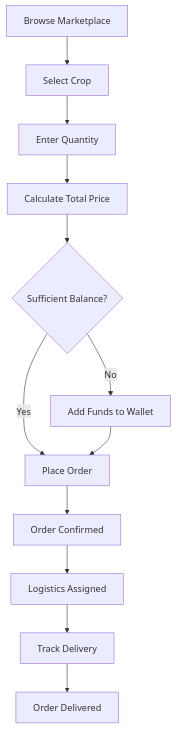
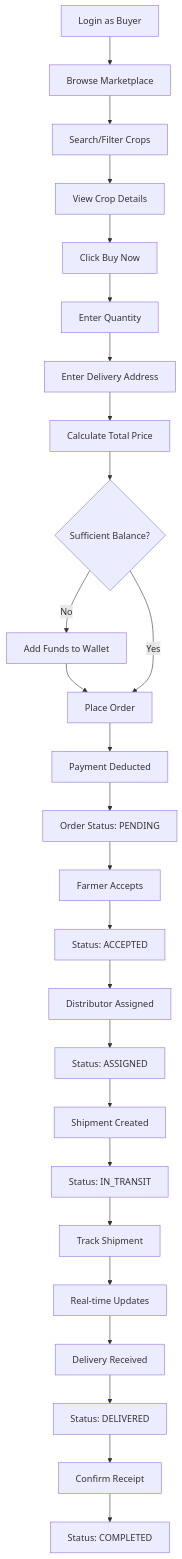
The sixth of 7 diagrams in PROJECT_DOCUMENTATION.md (its-vikash-Kushwaha/FarmXChain-finalProject), drawn with Mermaid before and after one commit. The commit also changed other lines of this file and 45 other files, not shown here.

````diff
--- a/PROJECT_DOCUMENTATION.md
+++ b/PROJECT_DOCUMENTATION.md
@@ -190,14 +570,28 @@
 ```mermaid
 graph TD
-    A[Browse Marketplace] --> B[Select Crop]
-    B --> C[Enter Quantity]
-    C --> D[Calculate Total Price]
-    D --> E{Sufficient Balance?}
-    E -->|Yes| F[Place Order]
-    E -->|No| G[Add Funds to Wallet]
-    G --> F
-    F --> H[Order Confirmed]
-    H --> I[Logistics Assigned]
-    I --> J[Track Delivery]
-    J --> K[Order Delivered]
+    C1[Login as Buyer] --> C2[Browse Marketplace]
+    C2 --> C3[Search/Filter Crops]
+    C3 --> C4[View Crop Details]
+    C4 --> C5[Click Buy Now]
+    C5 --> C6[Enter Quantity]
+    C6 --> C7[Enter Delivery Address]
+    C7 --> C8[Calculate Total Price]
+    C8 --> C9{Sufficient Balance?}
+    C9 -->|No| C10[Add Funds to Wallet]
+    C10 --> C11[Place Order]
+    C9 -->|Yes| C11
+    C11 --> C12[Payment Deducted]
+    C12 --> C13[Order Status: PENDING]
+    C13 --> C14[Farmer Accepts]
+    C14 --> C15[Status: ACCEPTED]
+    C15 --> C16[Distributor Assigned]
+    C16 --> C17[Status: ASSIGNED]
+    C17 --> C18[Shipment Created]
+    C18 --> C19[Status: IN_TRANSIT]
+    C19 --> C20[Track Shipment]
+    C20 --> C21[Real-time Updates]
+    C21 --> C22[Delivery Received]
+    C22 --> C23[Status: DELIVERED]
+    C23 --> C24[Confirm Receipt]
+    C24 --> C25[Status: COMPLETED]
 ```
````
